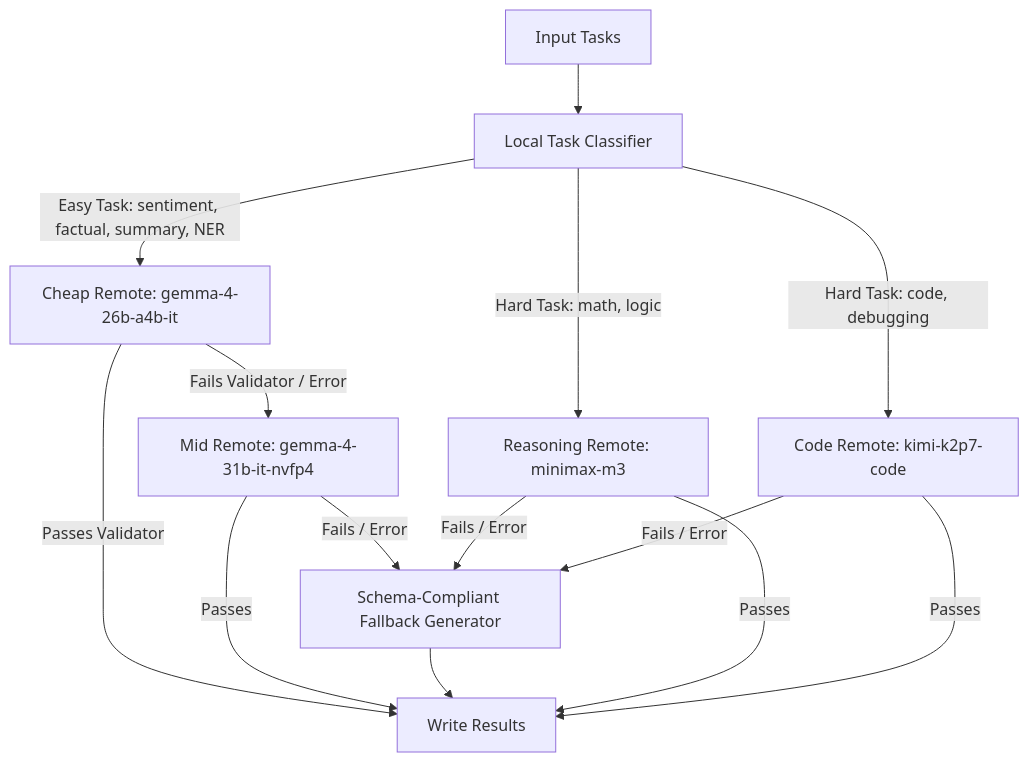
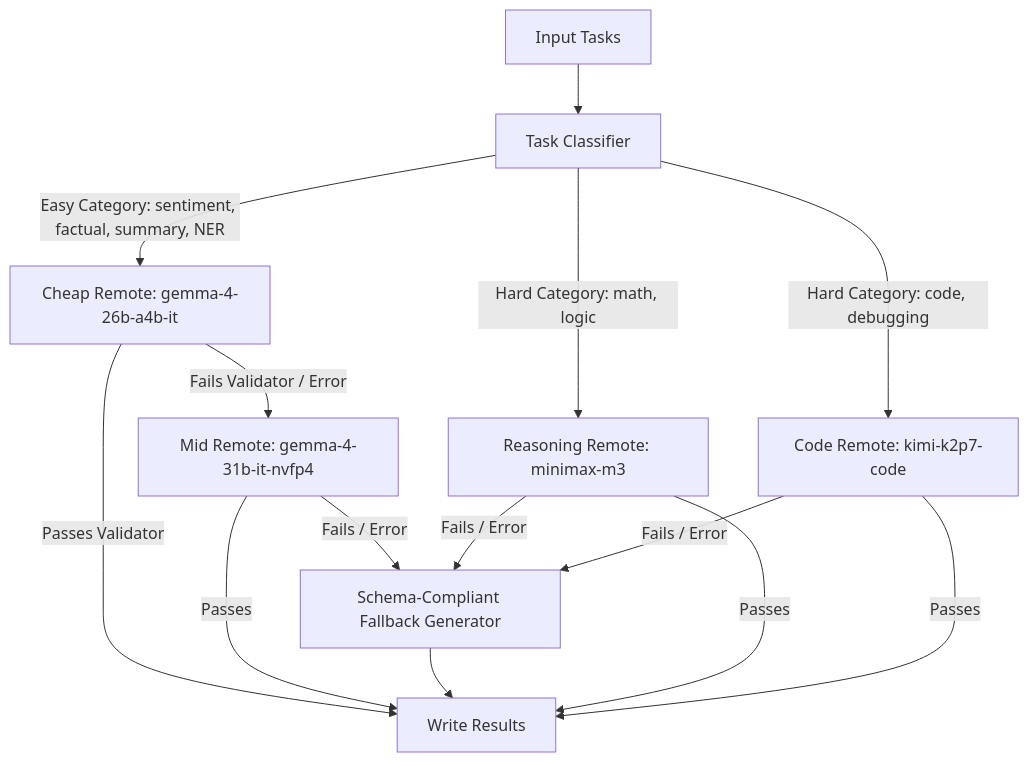
Before and after one commit to AmanM006/hybrid_routing: the diagram in README.md, drawn with Mermaid. The commit also changed other lines of this file and 3 other files, not shown here.

````diff
--- a/README.md
+++ b/README.md
@@ -9,21 +9,21 @@
 ```mermaid
 graph TD
-    A[Input Tasks] --> B[Local Task Classifier]
+    A[Input Tasks] --> B[Task Classifier]
     
-    B -->|Easy Task: sentiment, factual, summary, NER| C[Cheap Remote: gemma-4-26b-a4b-it]
-    B -->|Hard Task: math, logic| D[Reasoning Remote: minimax-m3]
-    B -->|Hard Task: code, debugging| E[Code Remote: kimi-k2p7-code]
+    B -->|Easy Category: sentiment, factual, summary, NER| C[Cheap Remote: gemma-4-26b-a4b-it]
+    B -->|Hard Category: math, logic| D[Reasoning Remote: minimax-m3]
+    B -->|Hard Category: code, debugging| E[Code Remote: kimi-k2p7-code]
     
     C -->|Passes Validator| F[Write Results]
     C -->|Fails Validator / Error| G[Mid Remote: gemma-4-31b-it-nvfp4]
     
     G -->|Passes| F
     G -->|Fails / Error| H[Schema-Compliant Fallback Generator]
     H --> F
     
     D -->|Passes| F
     D -->|Fails / Error| H
     
     E -->|Passes| F
     E -->|Fails / Error| H
 ```
````
